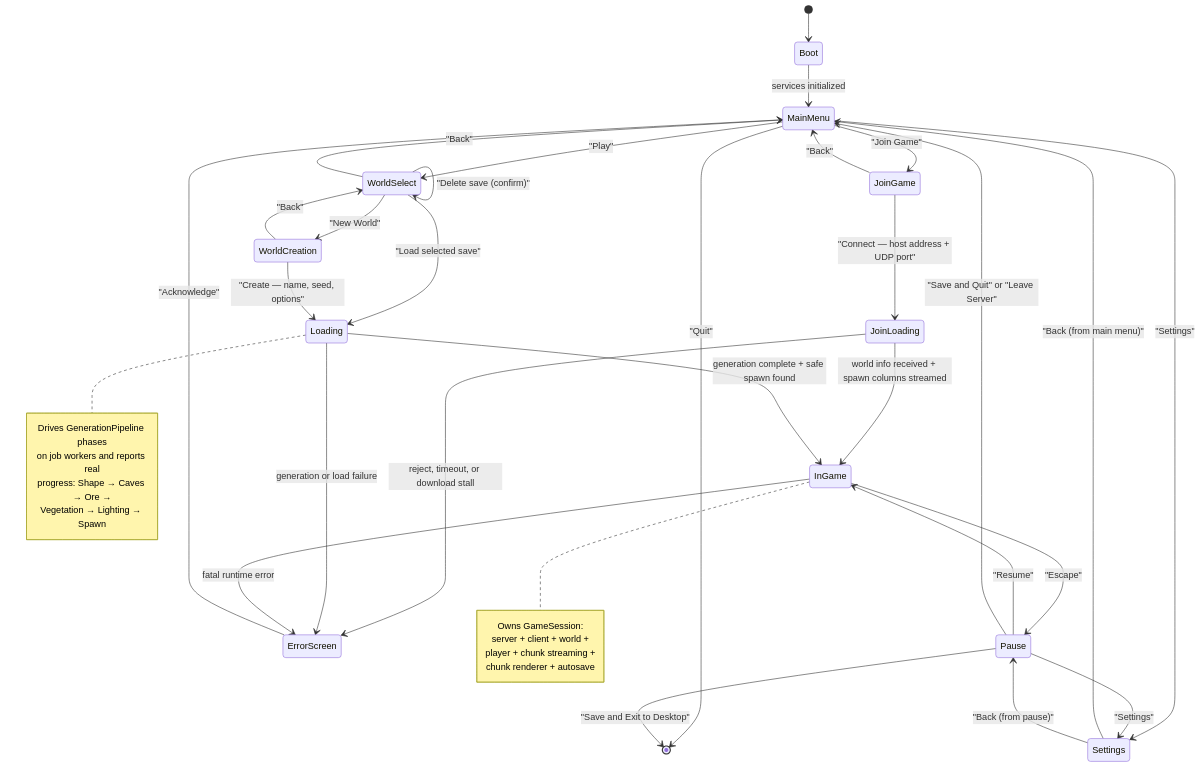
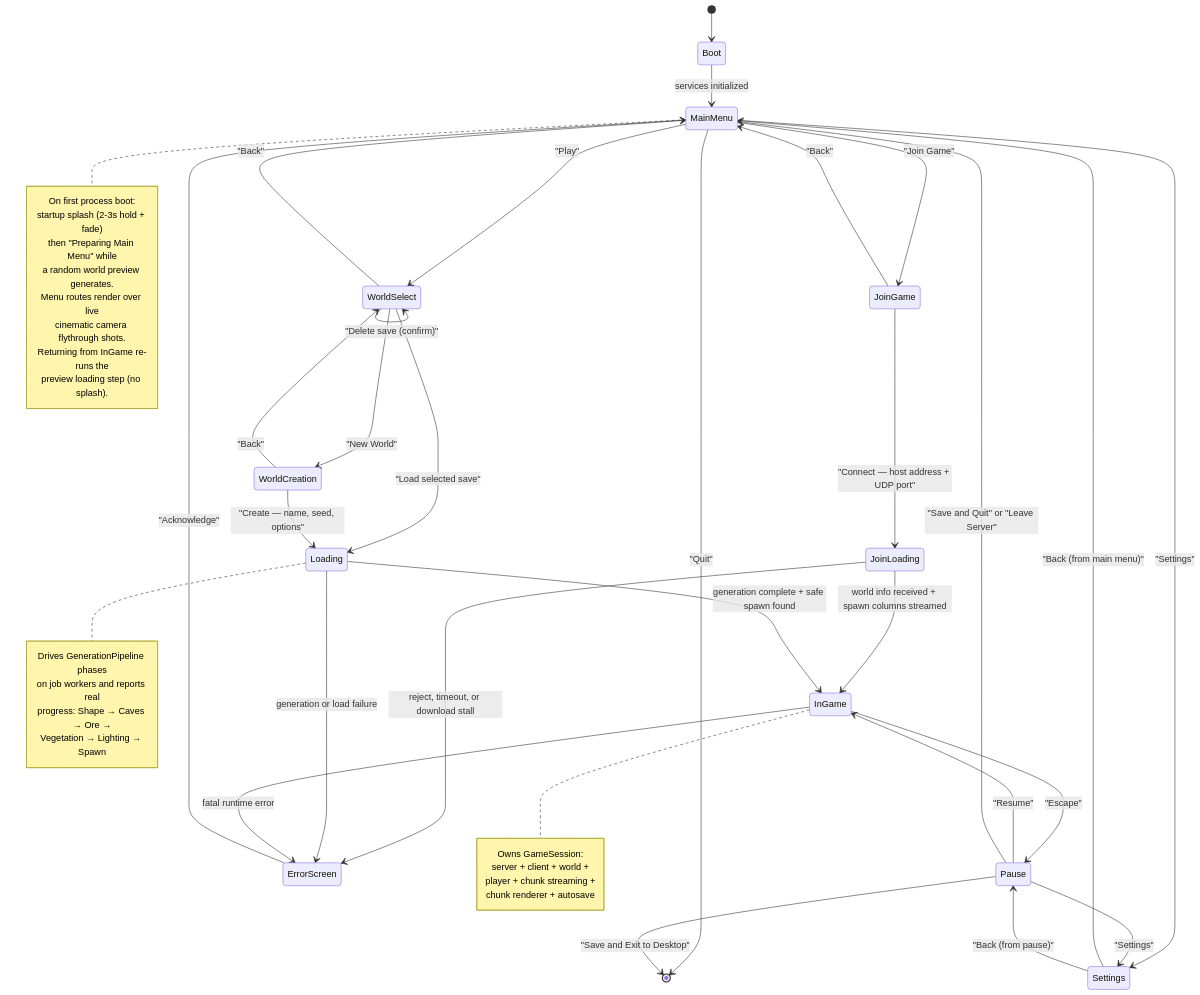
The third of 17 diagrams in DIAGRAMS.md (GoGurtPrime/voxels), drawn with Mermaid before and after one commit. The commit also changed 17 other files, not shown here.

Commit message:
Agent: Main menu has sweeping shots of a gameworld in the background now

````diff
--- a/DIAGRAMS.md
+++ b/DIAGRAMS.md
@@ -143,55 +143,66 @@
 ```mermaid
 stateDiagram-v2
     [*] --> Boot
 
     Boot --> MainMenu: services initialized
 
     MainMenu --> WorldSelect: "Play"
     MainMenu --> JoinGame: "Join Game"
     MainMenu --> Settings: "Settings"
     MainMenu --> [*]: "Quit"
 
     JoinGame --> JoinLoading: "Connect — host address + UDP port"
     JoinGame --> MainMenu: "Back"
 
     JoinLoading --> InGame: world info received + spawn columns streamed
     JoinLoading --> ErrorScreen: reject, timeout, or download stall
 
     WorldSelect --> WorldCreation: "New World"
     WorldSelect --> Loading: "Load selected save"
     WorldSelect --> WorldSelect: "Delete save (confirm)"
     WorldSelect --> MainMenu: "Back"
 
     WorldCreation --> Loading: "Create — name, seed, options"
     WorldCreation --> WorldSelect: "Back"
 
     Loading --> InGame: generation complete + safe spawn found
     Loading --> ErrorScreen: generation or load failure
 
     InGame --> Pause: "Escape"
     InGame --> ErrorScreen: fatal runtime error
 
     Pause --> InGame: "Resume"
     Pause --> Settings: "Settings"
     Pause --> MainMenu: "Save and Quit" or "Leave Server"
     Pause --> [*]: "Save and Exit to Desktop"
 
     Settings --> MainMenu: "Back (from main menu)"
     Settings --> Pause: "Back (from pause)"
 
     ErrorScreen --> MainMenu: "Acknowledge"
 
+    note right of MainMenu
+        On first process boot:
+        startup splash (2-3s hold + fade)
+        then "Preparing Main Menu" while
+        a random world preview generates.
+        Menu routes render over live
+        cinematic camera flythrough shots.
+        Returning from InGame re-runs the
+        preview loading step (no splash).
+    end note
+
     note right of Loading
         Drives GenerationPipeline phases
         on job workers and reports real
         progress: Shape → Caves → Ore →
         Vegetation → Lighting → Spawn
     end note
 
     note right of InGame
         Owns GameSession:
         server + client + world +
         player + chunk streaming +
         chunk renderer + autosave
     end note
 ```
````
